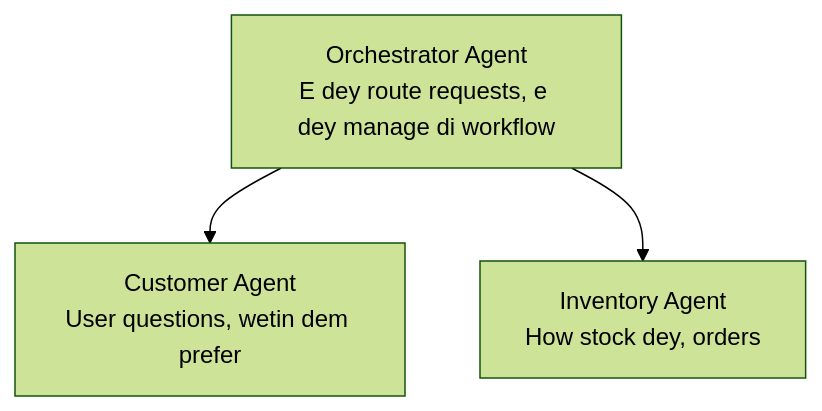
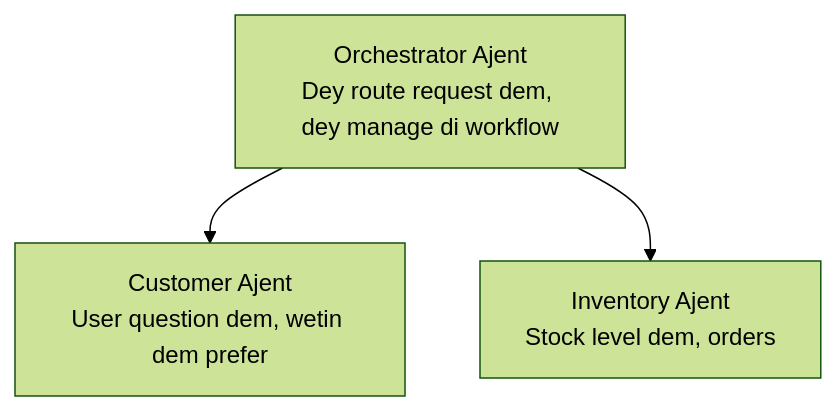
The diagram in translations/pcm/docs/chapter-05-multi-agent/README.md (microsoft/AZD-for-beginners), drawn with Mermaid (forest theme) before and after one commit. The commit also changed other lines of this file and 101 other files, not shown here.

````diff
--- a/translations/pcm/docs/chapter-05-multi-agent/README.md
+++ b/translations/pcm/docs/chapter-05-multi-agent/README.md
@@ -50,5 +52,5 @@
 ```mermaid
 graph TD
-    Orchestrator[Orchestrator Agent<br/>E dey route requests, e dey manage di workflow] --> Customer[Customer Agent<br/>User questions, wetin dem prefer]
-    Orchestrator --> Inventory[Inventory Agent<br/>How stock dey, orders]
+    Orchestrator[Orchestrator Ajent<br/>Dey route request dem, dey manage di workflow] --> Customer[Customer Ajent<br/>User question dem, wetin dem prefer]
+    Orchestrator --> Inventory[Inventory Ajent<br/>Stock level dem, orders]
 ```
````
